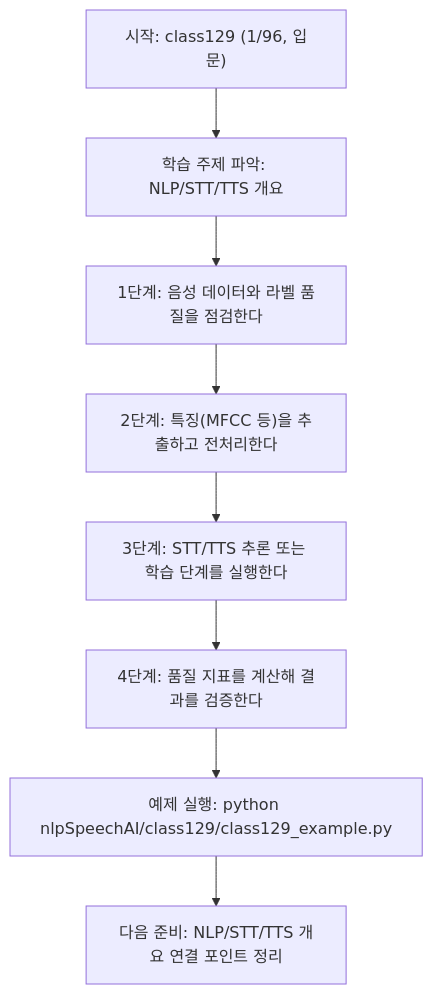
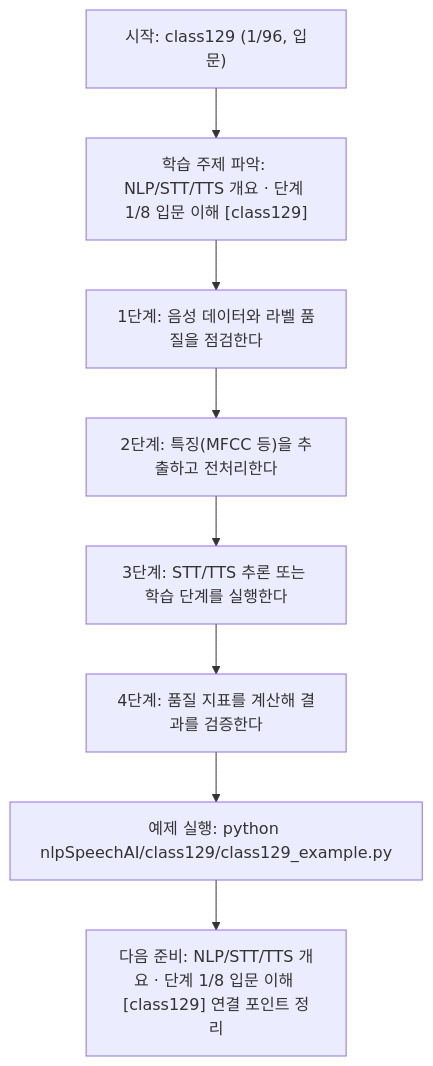
The diagram in nlpSpeechAI/class129/class129.md (edumgt/Python-AI_Agent-Class), drawn with Mermaid before and after one commit. The commit also changed other lines of this file and 522 other files, not shown here.

````diff
--- a/nlpSpeechAI/class129/class129.md
+++ b/nlpSpeechAI/class129/class129.md
@@ -114,18 +115,18 @@
 ```mermaid
 flowchart TD
 N1["시작: class129 (1/96, 입문)"]
-N2["학습 주제 파악: NLP/STT/TTS 개요"]
+N2["학습 주제 파악: NLP/STT/TTS 개요 · 단계 1/8 입문 이해 [class129]"]
 N3["1단계: 음성 데이터와 라벨 품질을 점검한다"]
 N4["2단계: 특징(MFCC 등)을 추출하고 전처리한다"]
 N5["3단계: STT/TTS 추론 또는 학습 단계를 실행한다"]
 N6["4단계: 품질 지표를 계산해 결과를 검증한다"]
 N7["예제 실행: python nlpSpeechAI/class129/class129_example.py"]
-N8["다음 준비: NLP/STT/TTS 개요 연결 포인트 정리"]
+N8["다음 준비: NLP/STT/TTS 개요 · 단계 1/8 입문 이해 [class129] 연결 포인트 정리"]
 N1 --> N2
 N2 --> N3
 N3 --> N4
 N4 --> N5
 N5 --> N6
 N6 --> N7
 N7 --> N8
 ```
````
